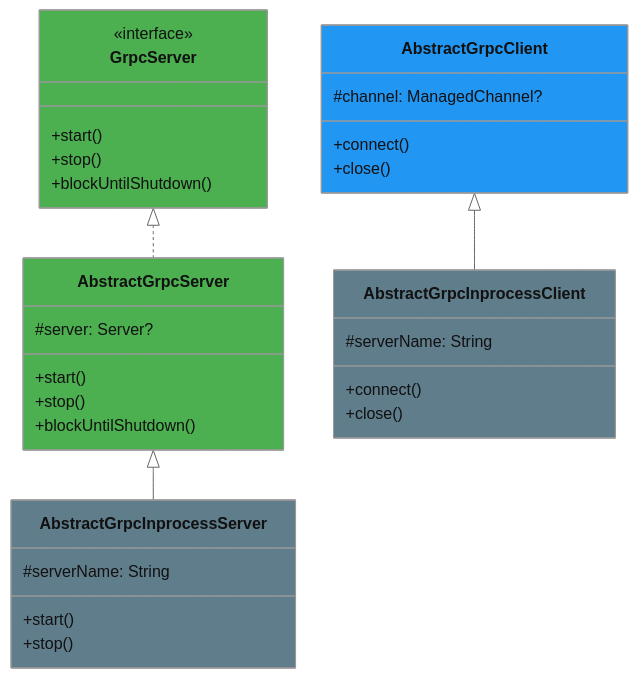
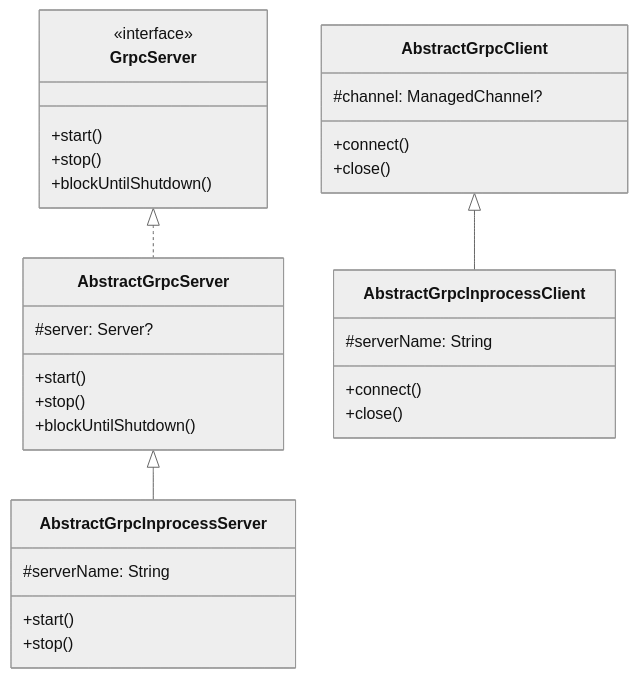
One commit to bluetape4k/bluetape4k-projects changed the first of 3 diagrams in io/grpc/README.md. Above: the diagram before and after it, drawn with Mermaid (neutral theme). The commit also changed 95 other files, not shown here.

First line of the commit message:
docs: Mermaid 파서 오류 전체 수정 (IntelliJ IDEA 호환)

````diff
--- a/io/grpc/README.md
+++ b/io/grpc/README.md
@@ -144,42 +144,39 @@
 ```mermaid
 classDiagram
-    class GrpcServer:::serverStyle {
+    class GrpcServer {
         <<interface>>
         +start()
         +stop()
         +blockUntilShutdown()
     }
 
-    class AbstractGrpcServer:::serverStyle {
+    class AbstractGrpcServer {
         #server: Server?
         +start()
         +stop()
         +blockUntilShutdown()
     }
 
-    class AbstractGrpcClient:::clientStyle {
+    class AbstractGrpcClient {
         #channel: ManagedChannel?
         +connect()
         +close()
     }
 
-    class AbstractGrpcInprocessServer:::infraStyle {
+    class AbstractGrpcInprocessServer {
         #serverName: String
         +start()
         +stop()
     }
 
-    class AbstractGrpcInprocessClient:::infraStyle {
+    class AbstractGrpcInprocessClient {
         #serverName: String
         +connect()
         +close()
     }
 
     GrpcServer <|.. AbstractGrpcServer
     AbstractGrpcServer <|-- AbstractGrpcInprocessServer
     AbstractGrpcClient <|-- AbstractGrpcInprocessClient
 
-    classDef clientStyle fill:#2196F3
-    classDef serverStyle fill:#4CAF50
-    classDef infraStyle  fill:#607D8B
 ```
````
